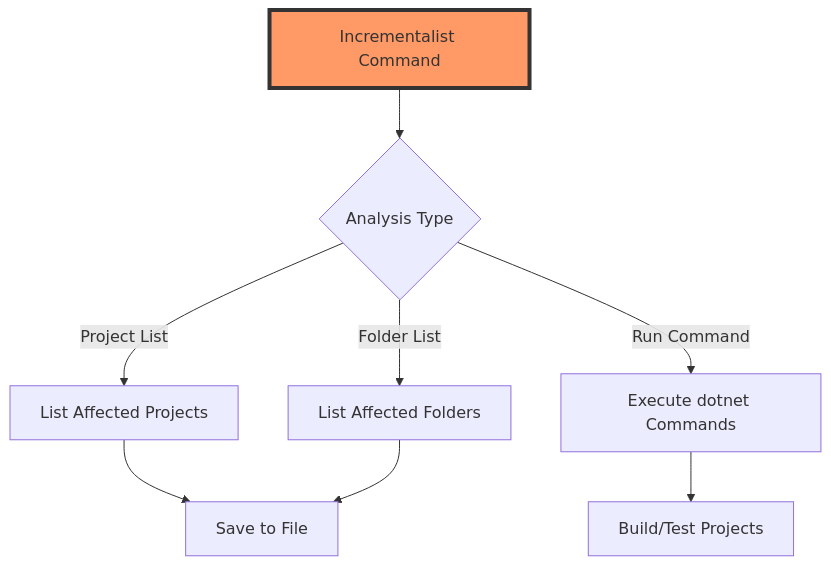
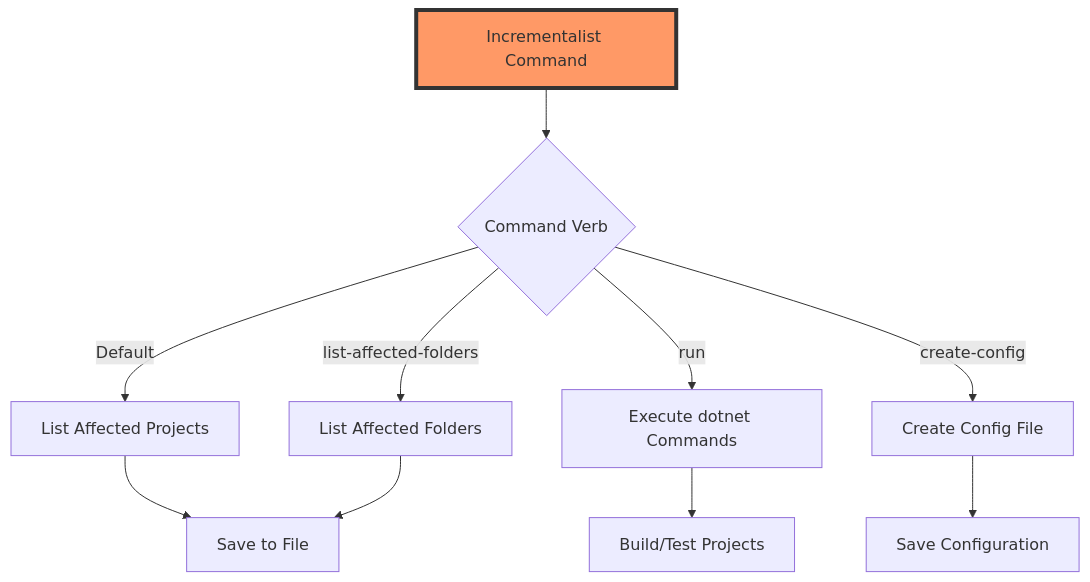
The third of 3 diagrams in docs/how-it-works.md (petabridge/Incrementalist), drawn with Mermaid before and after one commit. The commit also changed other lines of this file and 12 other files, not shown here.

````diff
--- a/docs/how-it-works.md
+++ b/docs/how-it-works.md
@@ -41,13 +41,15 @@
 ```mermaid
 flowchart TD
-    A[Incrementalist Command] --> B{Analysis Type}
-    B -->|Project List| C[List Affected Projects]
-    B -->|Folder List| D[List Affected Folders]
-    B -->|Run Command| E[Execute dotnet Commands]
+    A[Incrementalist Command] --> B{Command Verb}
+    B -->|Default| C[List Affected Projects]
+    B -->|list-affected-folders| D[List Affected Folders]
+    B -->|run| E[Execute dotnet Commands]
+    B -->|create-config| F[Create Config File]
     
-    C --> F[Save to File]
-    D --> F
-    E --> G[Build/Test Projects]
+    C --> G[Save to File]
+    D --> G
+    E --> H[Build/Test Projects]
+    F --> I[Save Configuration]
     
     style A fill:#f96,stroke:#333,stroke-width:4px
 ```
````
